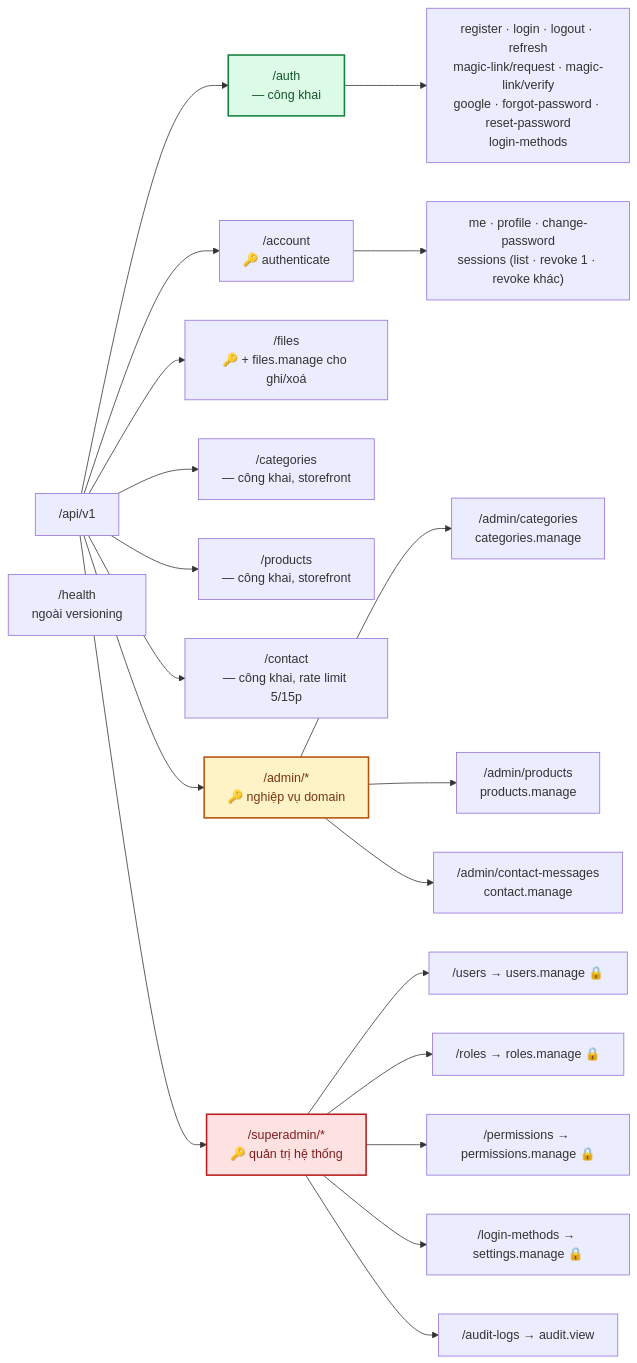
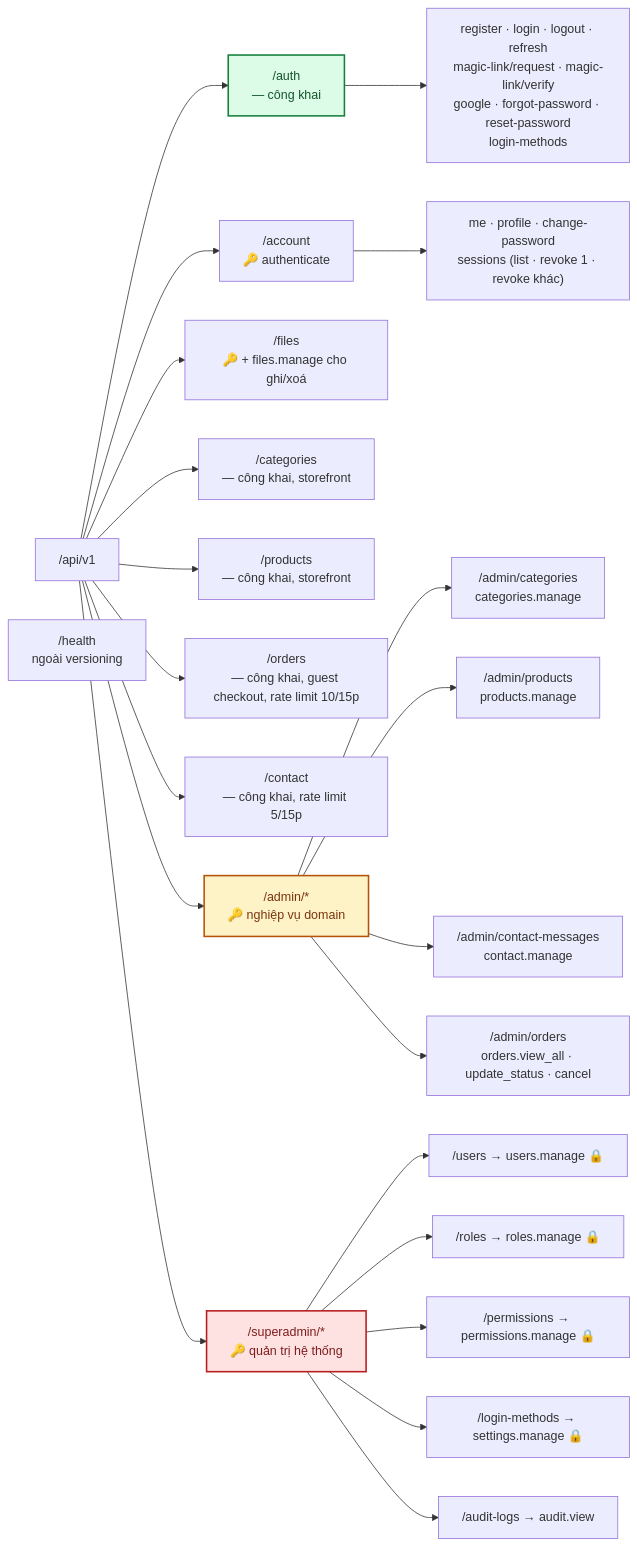
One commit to Hungvu0712/FLOWER changed the first of 2 diagrams in docs/06-api-reference.md. Above: the diagram before and after it, drawn with Mermaid. The commit also changed other lines of this file and 14 other files, not shown here.

````diff
--- a/docs/06-api-reference.md
+++ b/docs/06-api-reference.md
@@ -64,28 +64,30 @@
 ```mermaid
 flowchart LR
     ROOT["/api/v1"] --> AUTH["/auth<br/>— công khai"]
     ROOT --> ACC["/account<br/>🔑 authenticate"]
     ROOT --> FILES["/files<br/>🔑 + files.manage cho ghi/xoá"]
     ROOT --> CAT["/categories<br/>— công khai, storefront"]
     ROOT --> PROD["/products<br/>— công khai, storefront"]
+    ROOT --> ORD["/orders<br/>— công khai, guest checkout, rate limit 10/15p"]
     ROOT --> CONTACT["/contact<br/>— công khai, rate limit 5/15p"]
     ROOT --> ADM["/admin/*<br/>🔑 nghiệp vụ domain"]
     ROOT --> SA["/superadmin/*<br/>🔑 quản trị hệ thống"]
 
     AUTH --> A1["register · login · logout · refresh<br/>magic-link/request · magic-link/verify<br/>google · forgot-password · reset-password<br/>login-methods"]
     ACC --> C1["me · profile · change-password<br/>sessions (list · revoke 1 · revoke khác)"]
     ADM --> AD1["/admin/categories<br/>categories.manage"]
     ADM --> AD2["/admin/products<br/>products.manage"]
     ADM --> AD3["/admin/contact-messages<br/>contact.manage"]
+    ADM --> AD4["/admin/orders<br/>orders.view_all · update_status · cancel"]
     SA --> S1["/users → users.manage 🔒"]
     SA --> S2["/roles → roles.manage 🔒"]
     SA --> S3["/permissions → permissions.manage 🔒"]
     SA --> S4["/login-methods → settings.manage 🔒"]
     SA --> S5["/audit-logs → audit.view"]
 
     HEALTH["/health<br/>ngoài versioning"]
 
     style SA fill:#fee2e2,stroke:#b91c1c,stroke-width:2px,color:#7f1d1d
     style ADM fill:#fef3c7,stroke:#b45309,stroke-width:2px,color:#78350f
     style AUTH fill:#dcfce7,stroke:#15803d,stroke-width:2px,color:#14532d
 ```
````
